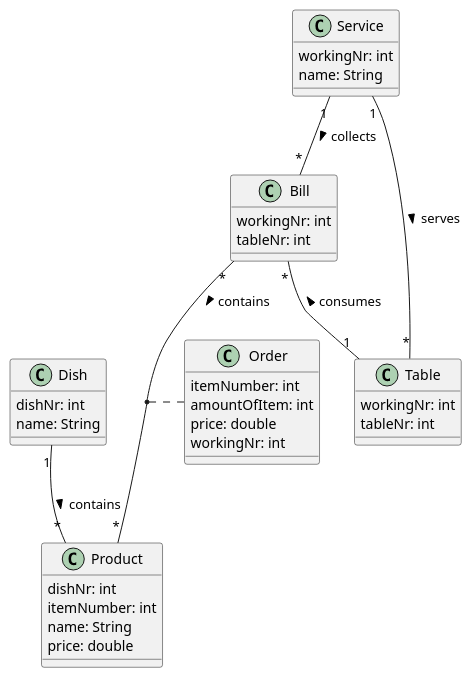
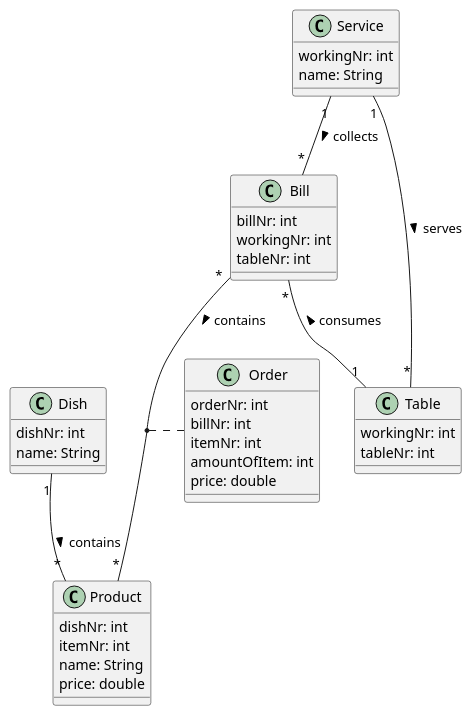
The diagram in asciidocs/plantuml/dom.puml (2223-3bhif-syp/02-projekte-restaurant-bestellsystem), drawn with PlantUML before and after one commit.

Commit message:
updated dom

```diff
--- a/asciidocs/plantuml/dom.puml
+++ b/asciidocs/plantuml/dom.puml
@@ -1,43 +1,45 @@
 @startuml
 class Dish {
 dishNr: int
 name: String
 }
 
 class Product {
 dishNr: int
-itemNumber: int
+itemNr: int
 name: String
 price: double
 }
 
 class Bill {
+billNr: int
 workingNr: int
 tableNr: int
 }
 
 class Service {
 workingNr: int
 name: String
 }
 
 class Table {
 workingNr: int
 tableNr: int
 }
 
 class Order {
-itemNumber: int
+orderNr: int
+billNr: int
+itemNr: int
 amountOfItem: int
 price: double
-workingNr: int
 }
 
 
 Service "1" -- "*" Bill : > collects
 Bill "*" -- "1" Table : < consumes
 Service "1" -- "*" Table : > serves
 Dish "1" -- "*" Product : > contains
 Bill "*" -- "*" Product : > contains
 (Bill, Product) . Order
 @enduml
```
